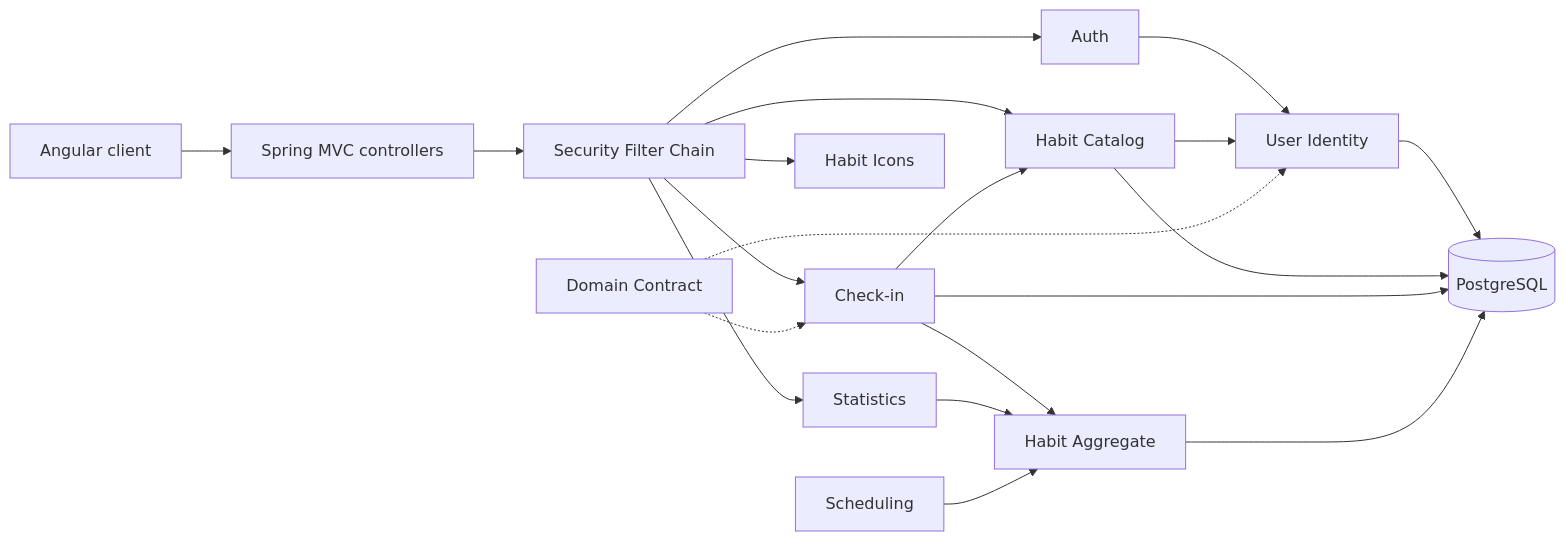
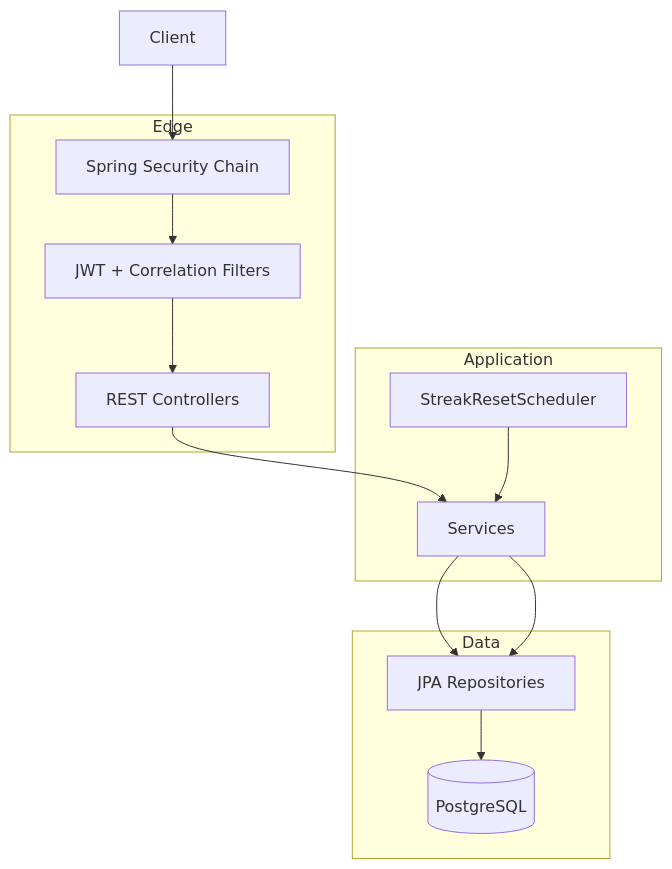
One commit to crraay/habit-tracker-ai-dlc changed the first of 7 diagrams in aidlc/spaces/default/codekb/habit-tracker-springboot/architecture.md. Above: the diagram before and after it, drawn with Mermaid. The commit also changed other lines of this file and 240 other files, not shown here.

````diff
--- a/aidlc/spaces/default/codekb/habit-tracker-springboot/architecture.md
+++ b/aidlc/spaces/default/codekb/habit-tracker-springboot/architecture.md
@@ -28,22 +23,19 @@
 ```mermaid
-flowchart LR
-  Client[Angular client] --> API[Spring MVC controllers]
-  API --> Sec[Security Filter Chain]
-  Sec --> Auth[Auth]
-  Sec --> Habits[Habit Catalog]
-  Sec --> Checkin[Check-in]
-  Sec --> Stats[Statistics]
-  Sec --> Icons[Habit Icons]
-  Auth --> Users[User Identity]
-  Habits --> Users
-  Checkin --> Habits
-  Checkin --> Agg[Habit Aggregate]
-  Stats --> Agg
-  Users --> DB[(PostgreSQL)]
-  Habits --> DB
-  Checkin --> DB
-  Agg --> DB
-  Sched[Scheduling] --> Agg
-  Law[Domain Contract] -.-> Users
-  Law -.-> Checkin
+flowchart TB
+  subgraph edge [Edge]
+    C[REST Controllers]
+    F[JWT + Correlation Filters]
+    SEC[Spring Security Chain]
+  end
+  subgraph app [Application]
+    S[Services]
+    SCH[StreakResetScheduler]
+  end
+  subgraph data [Data]
+    R[JPA Repositories]
+    DB[(PostgreSQL)]
+  end
+  Client --> SEC --> F --> C --> S --> R --> DB
+  SCH --> S
+  S --> R
 ```
````
